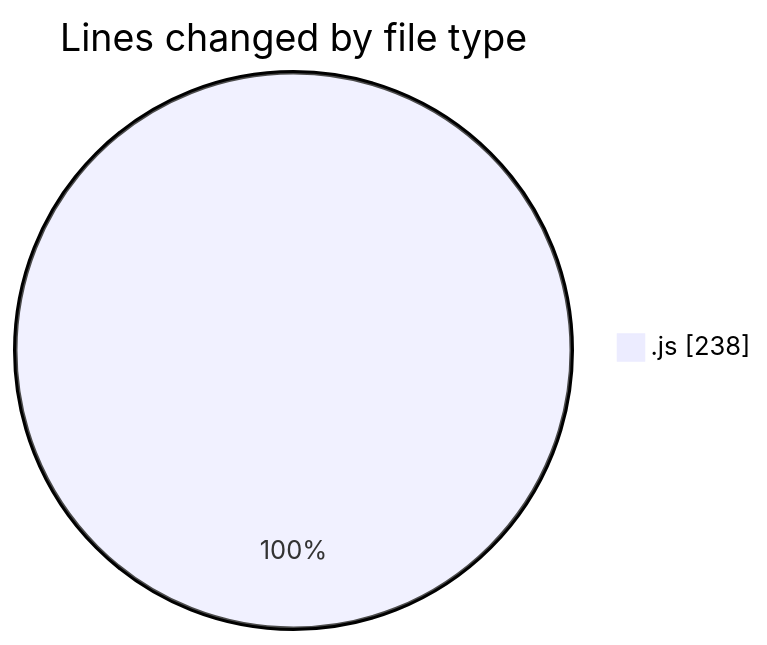
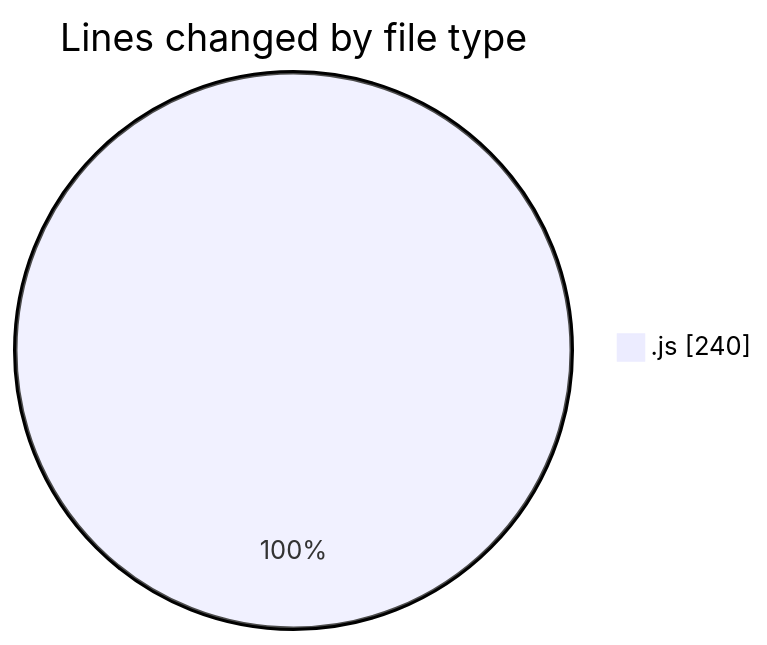
Before and after one commit to momahboobian/code-tracking: the first of 2 diagrams in 2025-03-11/cda/README.md, drawn with Mermaid. The commit also changed other lines of this file and 1 other file, not shown here.

````diff
--- a/2025-03-11/cda/README.md
+++ b/2025-03-11/cda/README.md
@@ -20,5 +20,5 @@
 ```mermaid
 pie showData
 title Lines changed by file type
-".js" : 238
+".js" : 240
 ```
````
